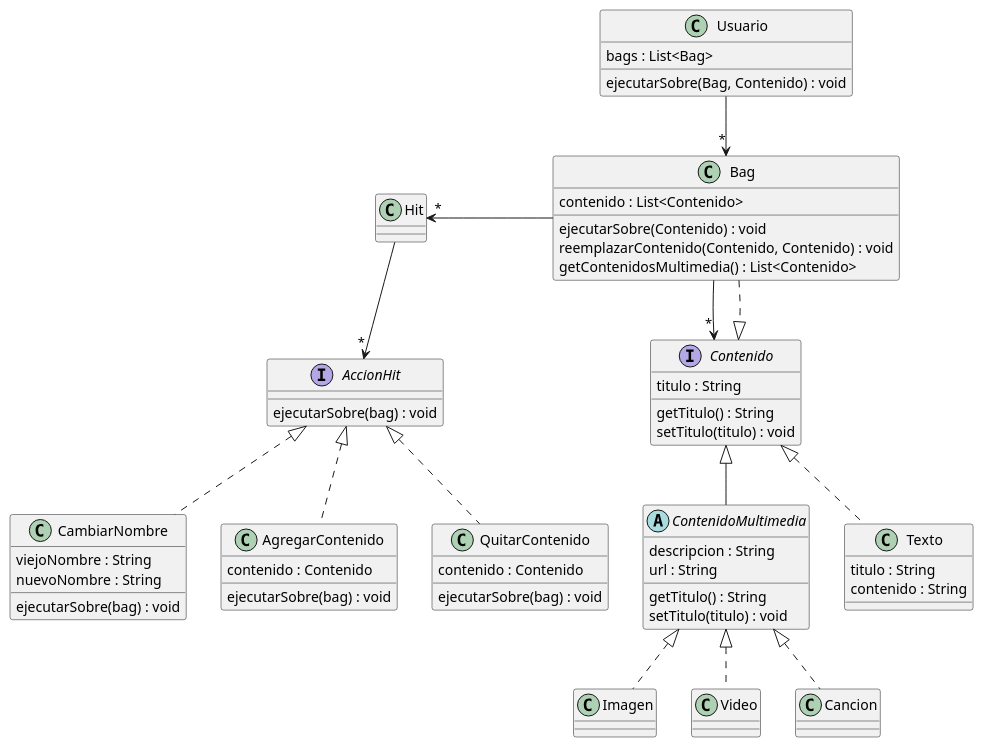
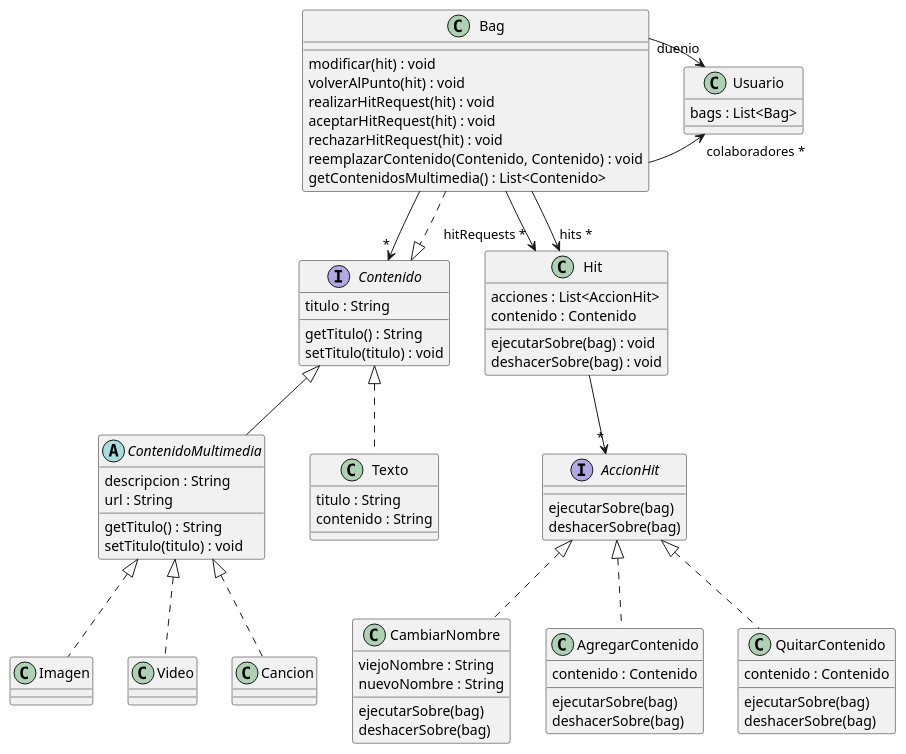
The diagram in hitbag/Diagrama.puml (mbeorlegui/parciales-dds), drawn with PlantUML before and after one commit. The commit also changed 2 other files, not shown here.

```diff
--- a/hitbag/Diagrama.puml
+++ b/hitbag/Diagrama.puml
@@ -1,84 +1,99 @@
 @startuml Hitbag
 
 class Usuario {
   bags : List<Bag>
-  ejecutarSobre(Bag, Contenido) : void
 }
 
-Usuario --> "*" Bag
+Bag -right-> "colaboradores *" Usuario
+Bag -right-> "duenio" Usuario
 Bag --> "*" Contenido
 
 class Bag {
-  contenido : List<Contenido>
-  ejecutarSobre(Contenido) : void
+  modificar(hit) : void
+  volverAlPunto(hit) : void
+  realizarHitRequest(hit) : void
+  aceptarHitRequest(hit) : void
+  rechazarHitRequest(hit) : void
   reemplazarContenido(Contenido, Contenido) : void
   getContenidosMultimedia() : List<Contenido>
 }
 
 ' Un bag puede incluir todo el contenido de otro Bag, referenciandolo
 Bag ..|> Contenido
 ' Con esto completamos un patron Composite
 
 interface Contenido {
   titulo : String
   getTitulo() : String
   setTitulo(titulo) : void
 }
 
 ContenidoMultimedia -up-|> Contenido
 
 abstract class ContenidoMultimedia {
   descripcion : String
   url : String
   getTitulo() : String
   setTitulo(titulo) : void
 }
 
 class Imagen {
 }
 
 class Video {
 }
 
 class Cancion {
 }
 
 class Texto {
   titulo : String
   contenido : String
 }
 
 
 Imagen .up.|> ContenidoMultimedia
 Video .up.|> ContenidoMultimedia
 Texto .up.|> Contenido
 Cancion .up.|> ContenidoMultimedia
 
-Bag -left-> "*" Hit
+class Hit {
+  acciones : List<AccionHit>
+  contenido : Contenido
+  ejecutarSobre(bag) : void
+  deshacerSobre(bag) : void
+}
+
+Bag -down-> "hitRequests *" Hit
+Bag -down-> "hits *" Hit
 Hit -down-> "*" AccionHit
 ' Hit es un conjunto de acciones, por lo tanto es una lista de Acciones Hit
 ' Entonces podemos usar el patron Command, de forma tal que una lista de acciones
 ' se pueda aplicar mapeando una lista con el metodo ejecutarSobre(bag)
 interface AccionHit {
-  ejecutarSobre(bag) : void
+  ejecutarSobre(bag)
+  deshacerSobre(bag)
 }
 
 class CambiarNombre {
   viejoNombre : String
   nuevoNombre : String
-  ejecutarSobre(bag) : void
+  ejecutarSobre(bag)
+  deshacerSobre(bag)
 }
 class AgregarContenido {
   contenido : Contenido
-  ejecutarSobre(bag) : void
+  ejecutarSobre(bag)
+  deshacerSobre(bag)
 }
 class QuitarContenido {
   contenido : Contenido
-  ejecutarSobre(bag) : void
+  ejecutarSobre(bag)
+  deshacerSobre(bag)
 }
 
 CambiarNombre .up.|> AccionHit
 AgregarContenido .up.|> AccionHit
 QuitarContenido .up.|> AccionHit
 
 @enduml
```
